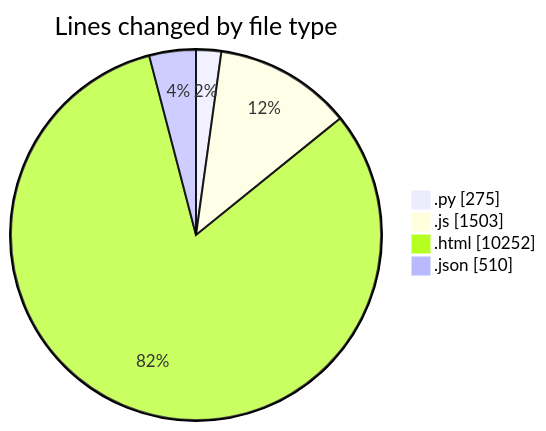
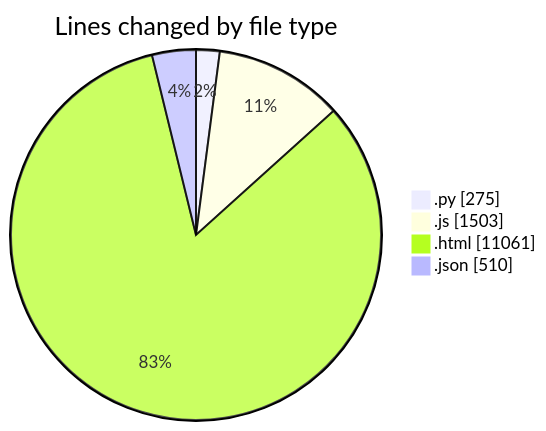
One commit to shibass792/code-tracking changed the first of 2 diagrams in 2026-07-09/twenty_versions_aminor/README.md. Above: the diagram before and after it, drawn with Mermaid. The commit also changed other lines of this file and 1 other file, not shown here.

````diff
--- a/2026-07-09/twenty_versions_aminor/README.md
+++ b/2026-07-09/twenty_versions_aminor/README.md
@@ -38,8 +38,8 @@
 ```mermaid
 pie showData
 title Lines changed by file type
 ".py" : 275
 ".js" : 1503
-".html" : 10252
+".html" : 11061
 ".json" : 510
 ```
````
